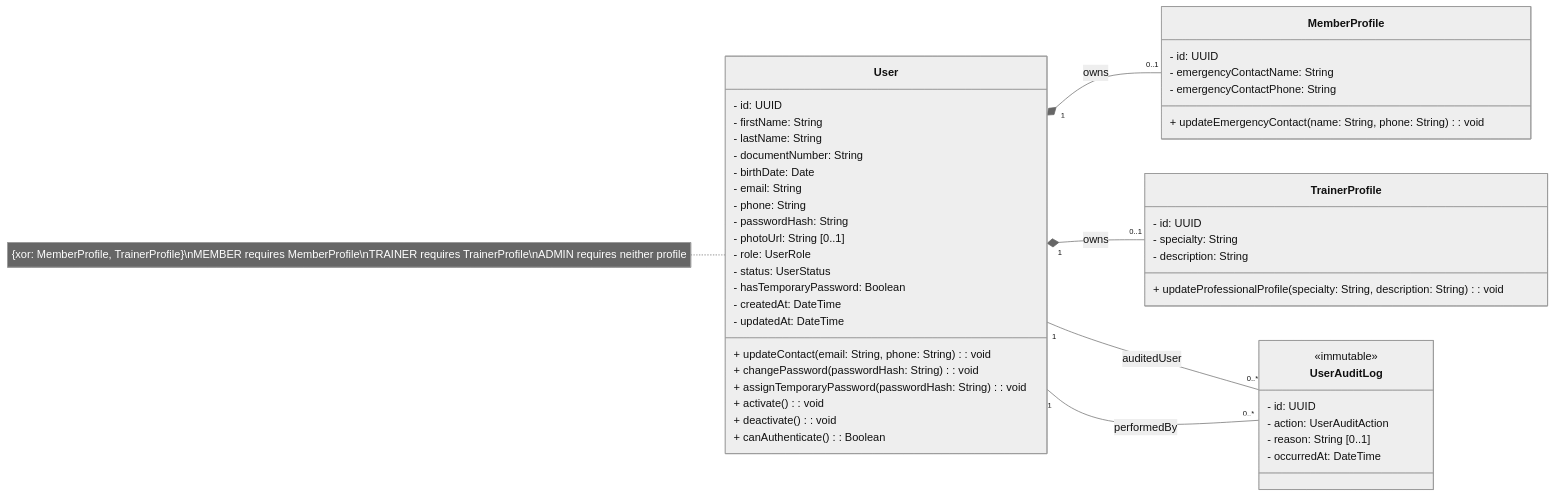
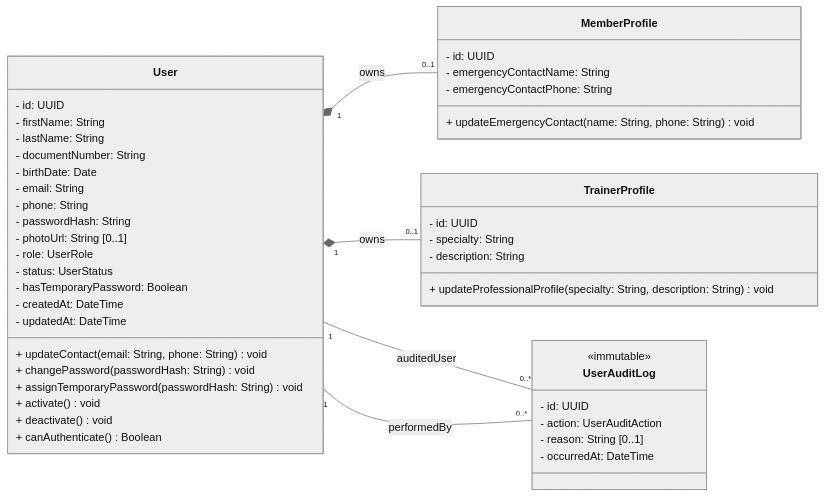
One commit to MTeamOrg/M-Team changed the first of 5 diagrams in docs/diagrama-de-clases.md. Above: the diagram before and after it, drawn with Mermaid (neutral theme). The commit also changed other lines of this file, not shown here.

Commit message:
fix: correct class diagram rendering

````diff
--- a/docs/diagrama-de-clases.md
+++ b/docs/diagrama-de-clases.md
@@ -9,55 +9,54 @@
 ```mermaid
 classDiagram
 direction LR
 
 class User {
   - id: UUID
   - firstName: String
   - lastName: String
   - documentNumber: String
   - birthDate: Date
   - email: String
   - phone: String
   - passwordHash: String
   - photoUrl: String [0..1]
   - role: UserRole
   - status: UserStatus
   - hasTemporaryPassword: Boolean
   - createdAt: DateTime
   - updatedAt: DateTime
-  + updateContact(email: String, phone: String): void
-  + changePassword(passwordHash: String): void
-  + assignTemporaryPassword(passwordHash: String): void
-  + activate(): void
-  + deactivate(): void
-  + canAuthenticate(): Boolean
+  + updateContact(email: String, phone: String) void
+  + changePassword(passwordHash: String) void
+  + assignTemporaryPassword(passwordHash: String) void
+  + activate() void
+  + deactivate() void
+  + canAuthenticate() Boolean
 }
 
 class MemberProfile {
   - id: UUID
   - emergencyContactName: String
   - emergencyContactPhone: String
-  + updateEmergencyContact(name: String, phone: String): void
+  + updateEmergencyContact(name: String, phone: String) void
 }
 
 class TrainerProfile {
   - id: UUID
   - specialty: String
   - description: String
-  + updateProfessionalProfile(specialty: String, description: String): void
+  + updateProfessionalProfile(specialty: String, description: String) void
 }
 
 class UserAuditLog {
   <<immutable>>
   - id: UUID
   - action: UserAuditAction
   - reason: String [0..1]
   - occurredAt: DateTime
 }
 
 User "1" *-- "0..1" MemberProfile : owns
 User "1" *-- "0..1" TrainerProfile : owns
 User "1" -- "0..*" UserAuditLog : auditedUser
 User "1" -- "0..*" UserAuditLog : performedBy
-note for User "{xor: MemberProfile, TrainerProfile}\nMEMBER requires MemberProfile\nTRAINER requires TrainerProfile\nADMIN requires neither profile"
 ```
````
